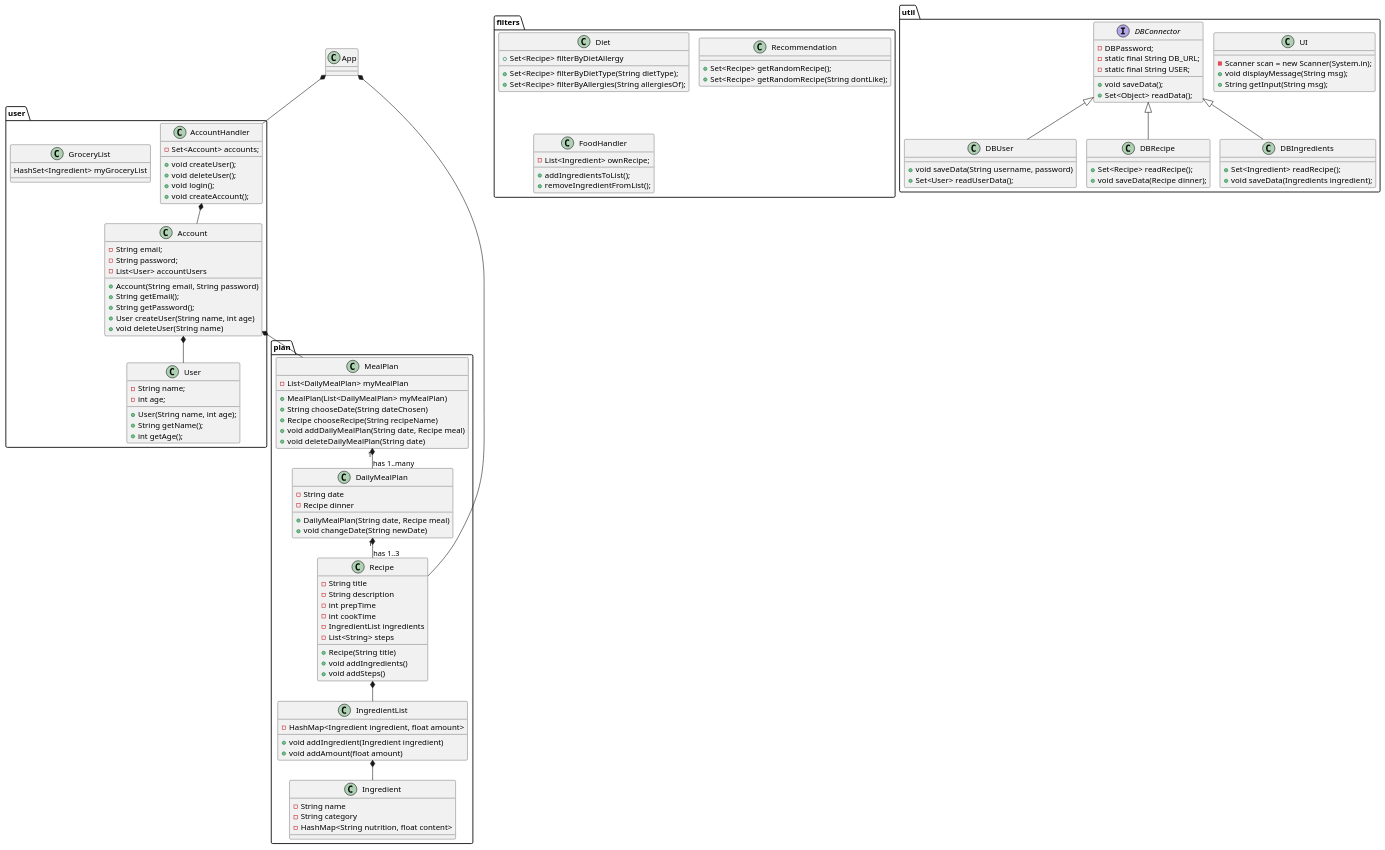
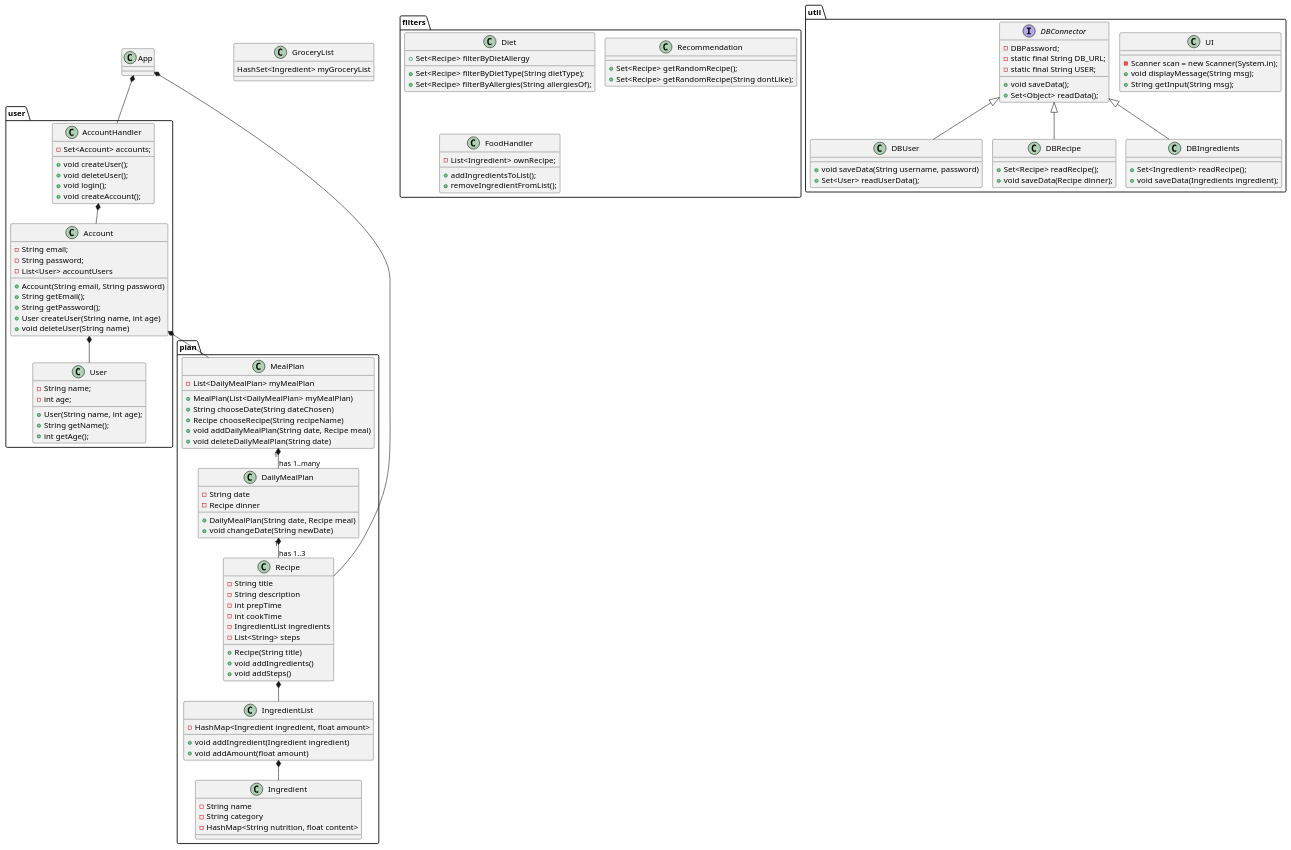
Before and after one commit to lassekh/ICE: the diagram in Documents/Class Diagram.puml, drawn with PlantUML. The commit also changed 2 other files, not shown here.

```diff
--- a/Documents/Class Diagram.puml
+++ b/Documents/Class Diagram.puml
@@ -1,137 +1,136 @@
 @startuml
 'https://plantuml.com/class-diagram
 !pragma layout smetana
 
 class App
 
 package "user"{
 class Account
 class AccountHandler
 class User
-class GroceryList
 }
 
 package "plan"{
 class MealPlan
 class DailyMealPlan
 class Recipe
 class IngredientList
 class Ingredient
 }
 
 package "filters"{
 class Diet
 class Recommendation
 class FoodHandler
 }
 
 package "util"{
 class UI
 interface DBConnector
 class DBUser
 class DBRecipe
 class DBIngredients
 }
 
 'Label on relations
 App *-- AccountHandler
 App *-- Recipe
 AccountHandler *-- Account
 Account *-- User
 Account *-- MealPlan
 MealPlan "1" *-- "has 1..many" DailyMealPlan
 DailyMealPlan "1" *-- "has 1..3" Recipe
 Recipe *-- IngredientList
 IngredientList *-- Ingredient
 DBConnector <|-- DBUser
 DBConnector <|-- DBRecipe
 DBConnector <|-- DBIngredients
 
 'Methods and attributes
 Account : - String email;
 Account : - String password;
 Account : - List<User> accountUsers
 Account : + Account(String email, String password)
 Account : + String getEmail();
 Account : + String getPassword();
 Account : + User createUser(String name, int age)
 Account : + void deleteUser(String name)
 
 AccountHandler : + void createUser();
 AccountHandler : + void deleteUser();
 AccountHandler : + void login();
 AccountHandler : + void createAccount();
 AccountHandler : - Set<Account> accounts;
 
 User : - String name;
 User : - int age;
 User : + User(String name, int age);
 User : + String getName();
 User : + int getAge();
 
 MealPlan : - List<DailyMealPlan> myMealPlan
 MealPlan : + MealPlan(List<DailyMealPlan> myMealPlan)
 MealPlan : + String chooseDate(String dateChosen)
 MealPlan : + Recipe chooseRecipe(String recipeName)
 MealPlan : + void addDailyMealPlan(String date, Recipe meal)
 MealPlan : + void deleteDailyMealPlan(String date)
 
 DailyMealPlan : - String date
 DailyMealPlan : - Recipe dinner
 DailyMealPlan : + DailyMealPlan(String date, Recipe meal)
 DailyMealPlan : + void changeDate(String newDate)
 
 Recipe : - String title
 Recipe : - String description
 Recipe : - int prepTime
 Recipe : - int cookTime
 Recipe : - IngredientList ingredients
 Recipe : - List<String> steps
 Recipe : + Recipe(String title)
 Recipe : + void addIngredients()
 Recipe : + void addSteps()
 
 IngredientList : - HashMap<Ingredient ingredient, float amount>
 IngredientList : + void addIngredient(Ingredient ingredient)
 IngredientList : + void addAmount(float amount)
 
 Ingredient : - String name
 Ingredient : - String category
 Ingredient : - HashMap<String nutrition, float content>
 
 GroceryList : HashSet<Ingredient> myGroceryList
 
 UI : - Scanner scan = new Scanner(System.in);
 UI : + void displayMessage(String msg);
 UI : + String getInput(String msg);
 
 DBConnector : - DBPassword;
 DBConnector : - static final String DB_URL;
 DBConnector : - static final String USER;
 DBConnector : + void saveData();
 DBConnector : + Set<Object> readData();
 
 DBUser : + void saveData(String username, password)
 DBUser : + Set<User> readUserData();
 
 DBRecipe : + Set<Recipe> readRecipe();
 DBRecipe : + void saveData(Recipe dinner);
 
 DBIngredients : + Set<Ingredient> readRecipe();
 DBIngredients : + void saveData(Ingredients ingredient);
 
 Diet : + Set<Recipe> filterByDietType(String dietType);
 Diet : + Set<Recipe> filterByAllergies(String allergiesOf);
 Diet : + Set<Recipe> filterByDietAllergy
 
 Recommendation : + Set<Recipe> getRandomRecipe();
 Recommendation : + Set<Recipe> getRandomRecipe(String dontLike);
 
 FoodHandler : - List<Ingredient> ownRecipe;
 FoodHandler : + addIngredientsToList();
 FoodHandler : + removeIngredientFromList();
 'User *-- Grocerylist
 'Recipe *-- Diet
 'Recipe *-- DBConnector
 'Ingredient *-- DBConnector
 @enduml
```
